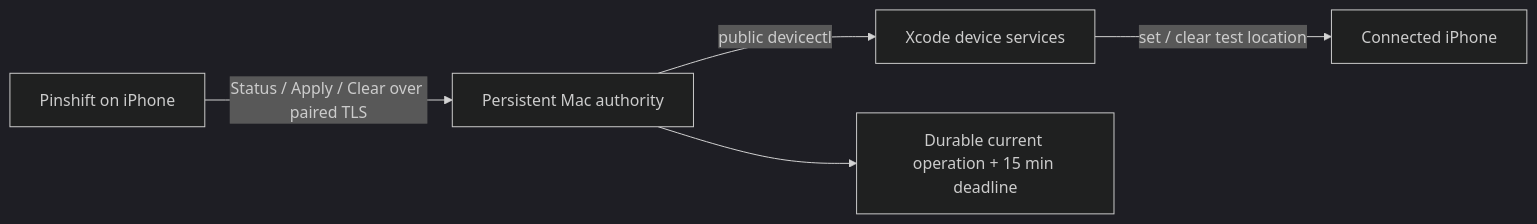
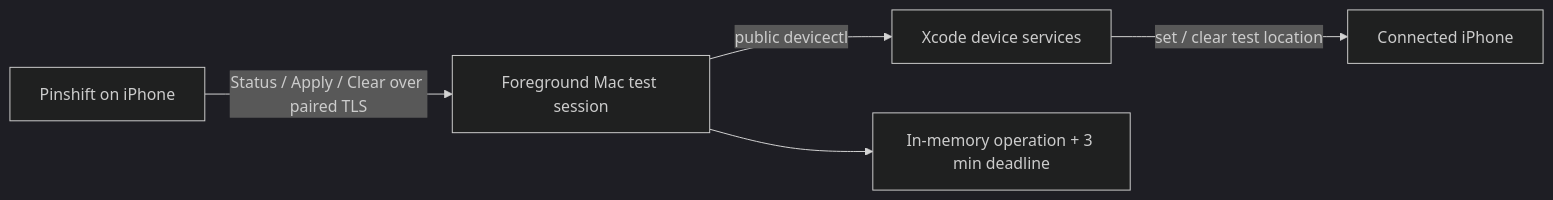
One commit to sayoriqwq/pinshift changed the diagram in README.md. Above: the diagram before and after it, drawn with Mermaid (dark theme). The commit also changed other lines of this file and 44 other files, not shown here.

````diff
--- a/README.md
+++ b/README.md
@@ -28,7 +28,7 @@
 ```mermaid
 flowchart LR
-  A["Pinshift on iPhone"] -->|"Status / Apply / Clear over paired TLS"| B["Persistent Mac authority"]
+  A["Pinshift on iPhone"] -->|"Status / Apply / Clear over paired TLS"| B["Foreground Mac test session"]
   B -->|"public devicectl"| C["Xcode device services"]
   C -->|"set / clear test location"| D["Connected iPhone"]
-  B --> E["Durable current operation + 15 min deadline"]
+  B --> E["In-memory operation + 3 min deadline"]
 ```
````
